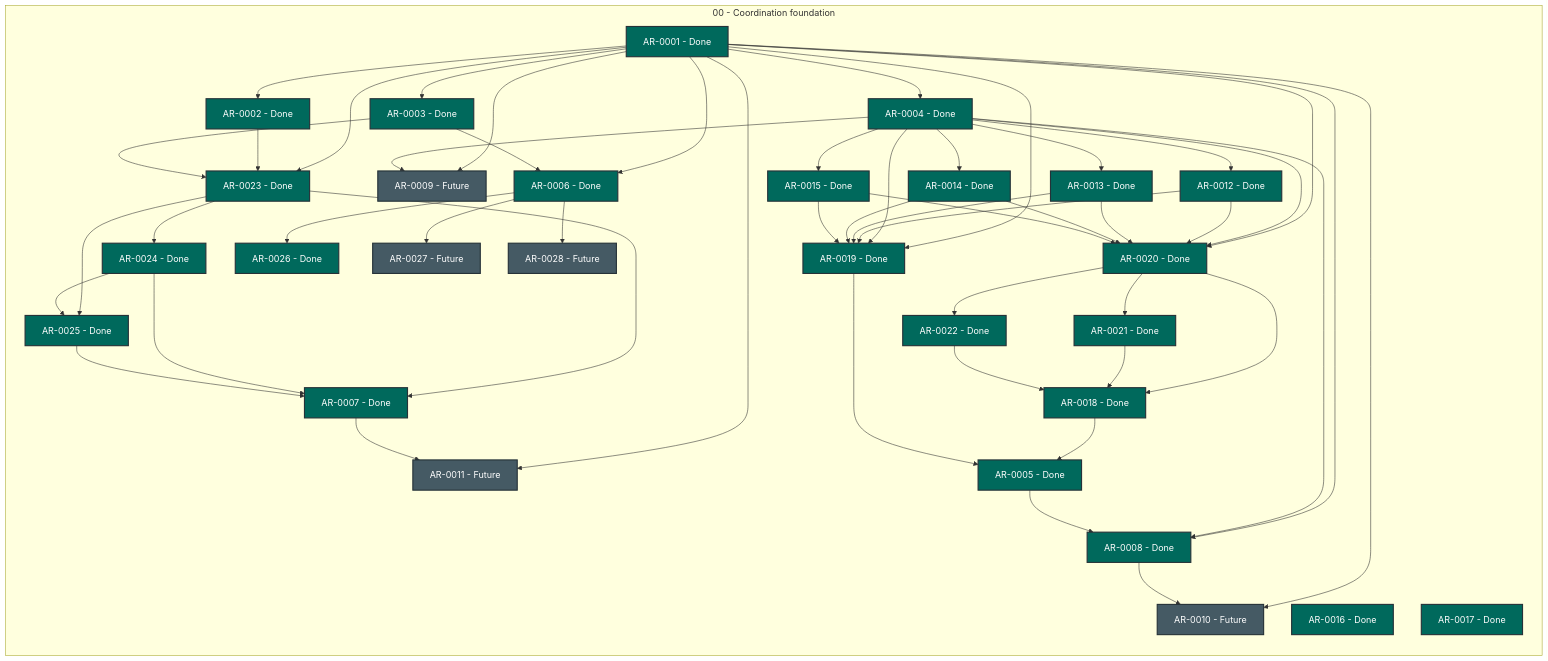
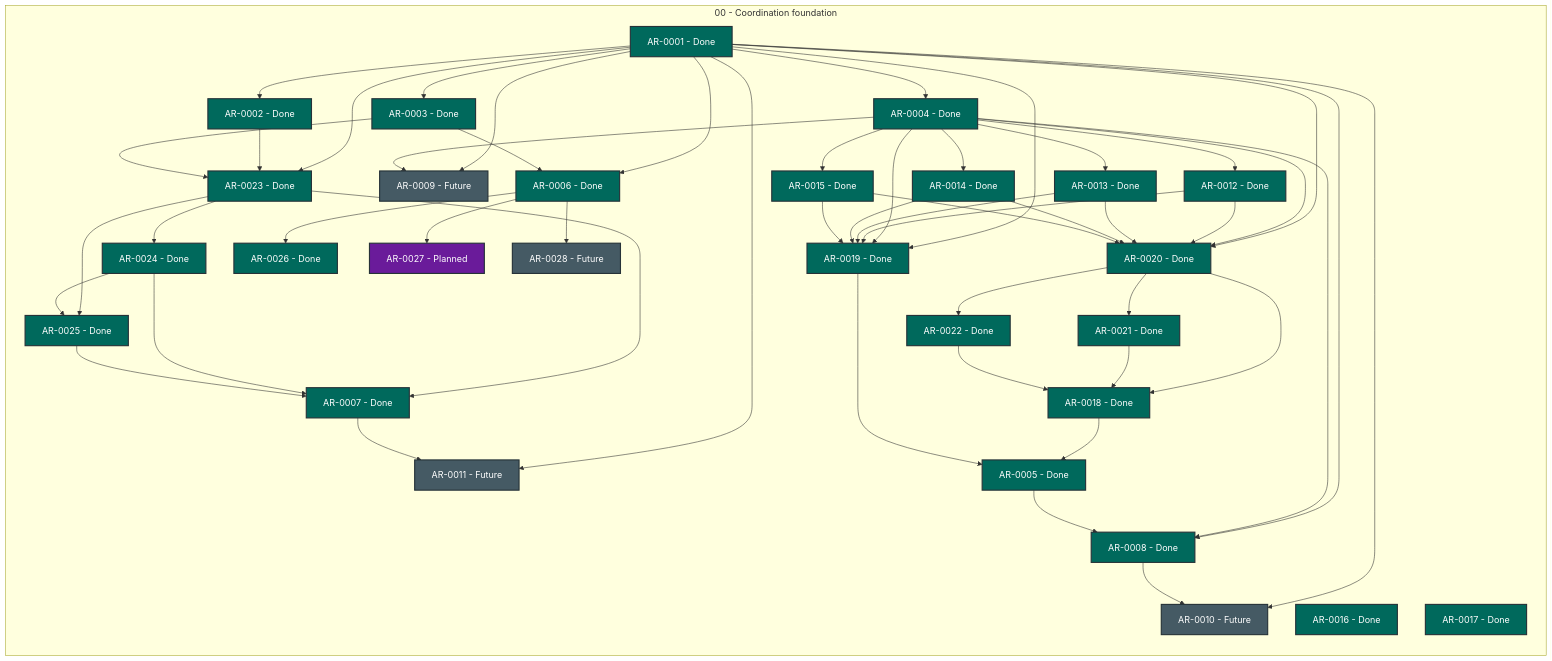
Before and after one commit to martin-beck/agent-workflow-quality-state: the diagram in STATUS.md, drawn with Mermaid. The commit also changed other lines of this file and 1 other file, not shown here.

```diff
--- a/STATUS.md
+++ b/STATUS.md
@@ -54,7 +54,7 @@
         AR_0024["AR-0024 - Done"]:::status_done
         AR_0025["AR-0025 - Done"]:::status_done
         AR_0026["AR-0026 - Done"]:::status_done
-        AR_0027["AR-0027 - Future"]:::status_future
+        AR_0027["AR-0027 - Planned"]:::status_planned
         AR_0028["AR-0028 - Future"]:::status_future
     end
     AR_0001 --> AR_0002
```
